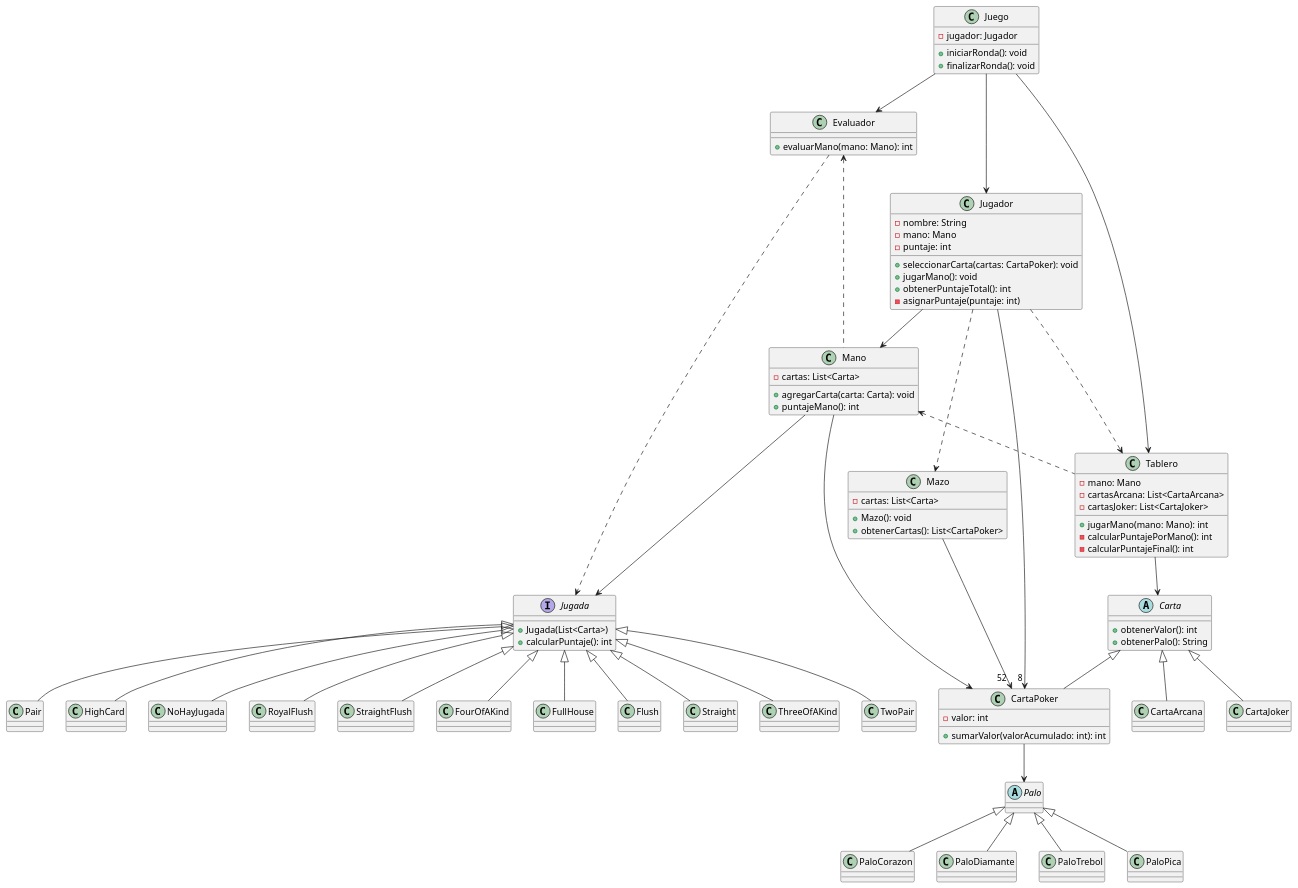
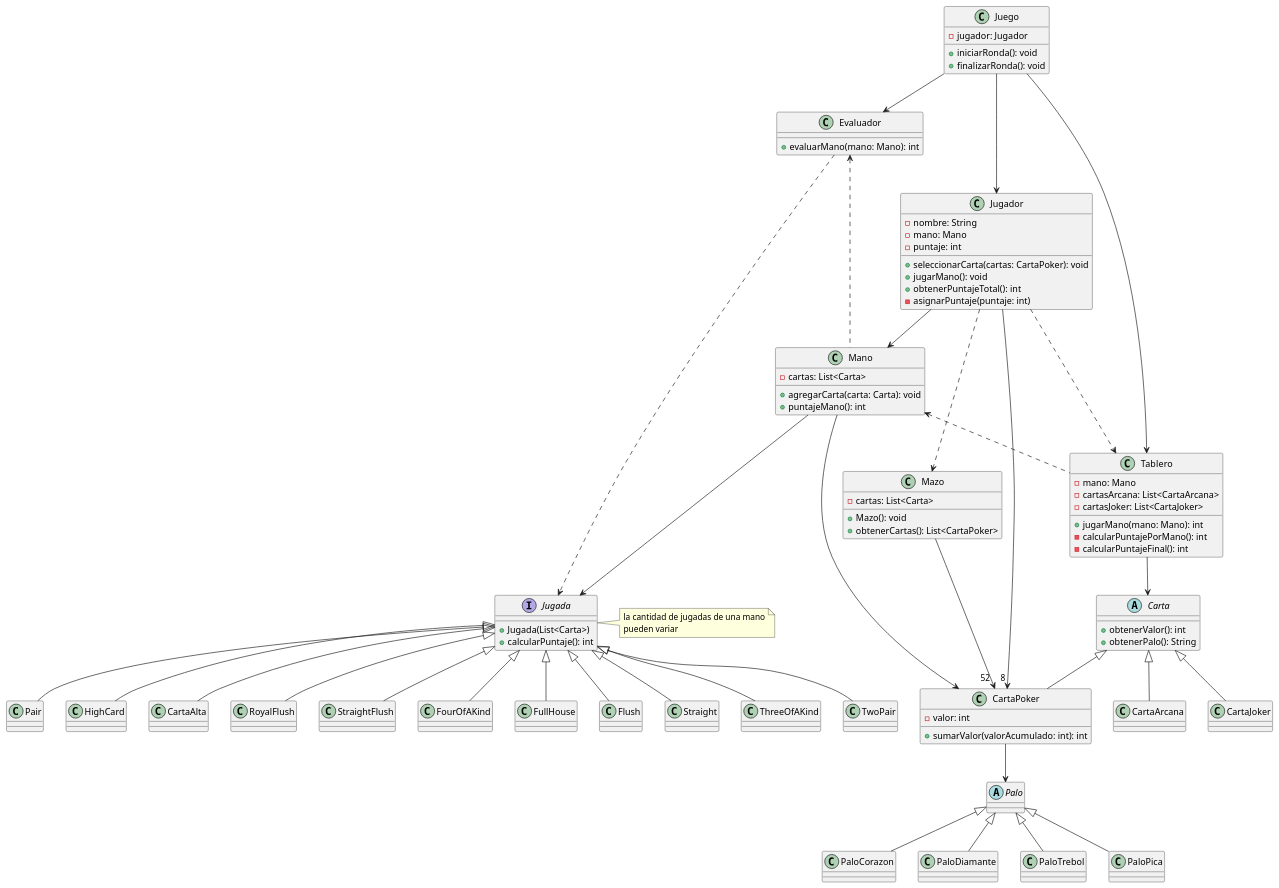
Before and after one commit to Cbonchan/Balatro: the diagram in diagrams/classes/Juego.puml, drawn with PlantUML.

Commit message:
cambio en cartaAlta

```diff
--- a/diagrams/classes/Juego.puml
+++ b/diagrams/classes/Juego.puml
@@ -1,140 +1,144 @@
 @startuml
 class Juego {
     - jugador: Jugador
     + iniciarRonda(): void
     + finalizarRonda(): void
 }
 
 class Jugador {
     - nombre: String
     - mano: Mano
     - puntaje: int
 
     +seleccionarCarta(cartas: CartaPoker): void
     +jugarMano(): void
     + obtenerPuntajeTotal(): int
 /'
     + obtenerMano(): Mano
 '/
     - asignarPuntaje(puntaje: int)
 
 }
 
 class Mano {
     - cartas: List<Carta>
     + agregarCarta(carta: Carta): void
     + puntajeMano(): int
 }
 
 abstract class Carta {
 
     + obtenerValor(): int
     + obtenerPalo(): String
 }
 
 class CartaPoker extends Carta{
     - valor: int
     +sumarValor(valorAcumulado: int): int
 }
 
 class CartaArcana extends Carta{
 }
 
 class CartaJoker extends Carta{
 }
 
 class Evaluador {
     + evaluarMano(mano: Mano): int
 }
 
 interface Jugada{
     +Jugada(List<Carta>)
     +calcularPuntaje(): int
 }
 
-class NoHayJugada extends Jugada{
+class CartaAlta extends Jugada{
 }
 
 class RoyalFlush extends Jugada{
 }
 
 class StraightFlush extends Jugada{
 }
 
 class FourOfAKind extends Jugada{
 }
 
 class FullHouse extends Jugada{
 }
 
 class Flush extends Jugada{
 }
 
 class Straight extends Jugada{
 }
 
 class ThreeOfAKind extends Jugada{
 }
 
 class TwoPair extends Jugada{
 }
 
 class Pair extends Jugada{
 }
 
 class HighCard extends Jugada{
 }
 
 
 abstract class Palo{
 }
 
 class PaloCorazon extends Palo{
 }
 
 class PaloDiamante extends Palo{
 }
 
 class PaloTrebol extends Palo{
 }
 
 class PaloPica extends Palo{
 }
 
 class Mazo{
     - cartas: List<Carta>
     +Mazo(): void
     +obtenerCartas(): List<CartaPoker>
 }
 
 class Tablero {
     - mano: Mano
     - cartasArcana: List<CartaArcana>
     - cartasJoker: List<CartaJoker>
     + jugarMano(mano: Mano): int
     - calcularPuntajePorMano(): int
     - calcularPuntajeFinal(): int
 }
 
 /'note right of Carta
     Falta implementar un mazo
     del cual el jugador obtiene
     las cartas al inicio de la ronda
 end note'/
 Jugador --> "8 " CartaPoker
 Evaluador ..> Jugada
 Juego ---> Jugador
 Jugador --> Mano
 Mano --> CartaPoker
 Juego --> Evaluador
 Evaluador <... Mano
 Tablero --> Carta
 Mano <.. Tablero
 Jugador ..> Tablero
+note right of Jugada
+        la cantidad de jugadas de una mano
+        pueden variar
+end note
 Mano ---> Jugada
 Juego --> Tablero
 Jugador ..> Mazo
 Mazo --> "52 " CartaPoker
 CartaPoker --> Palo
 
 @enduml
```
